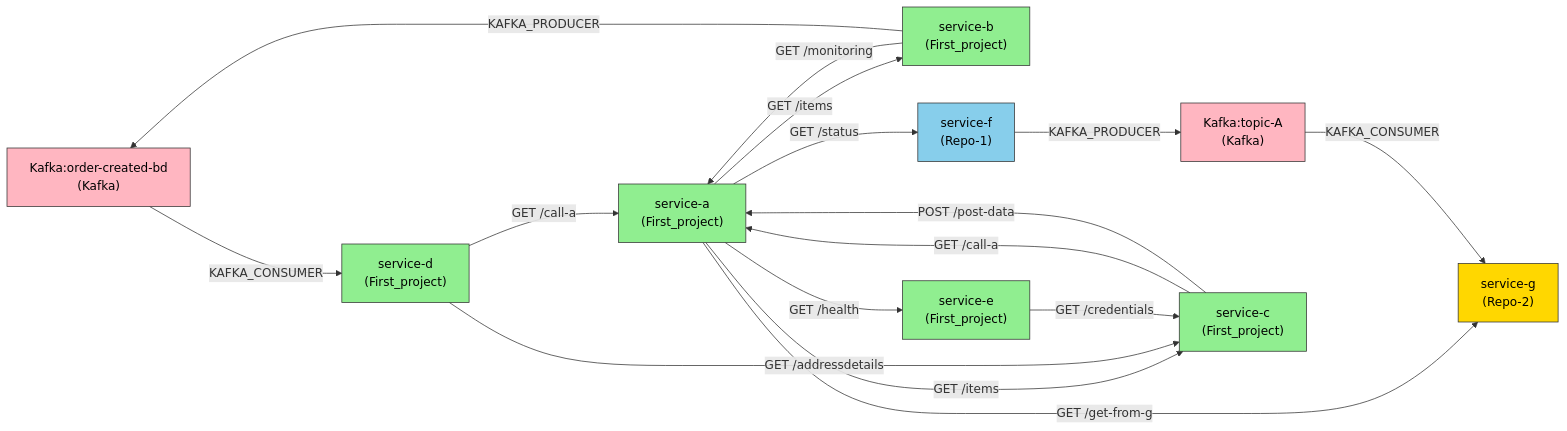
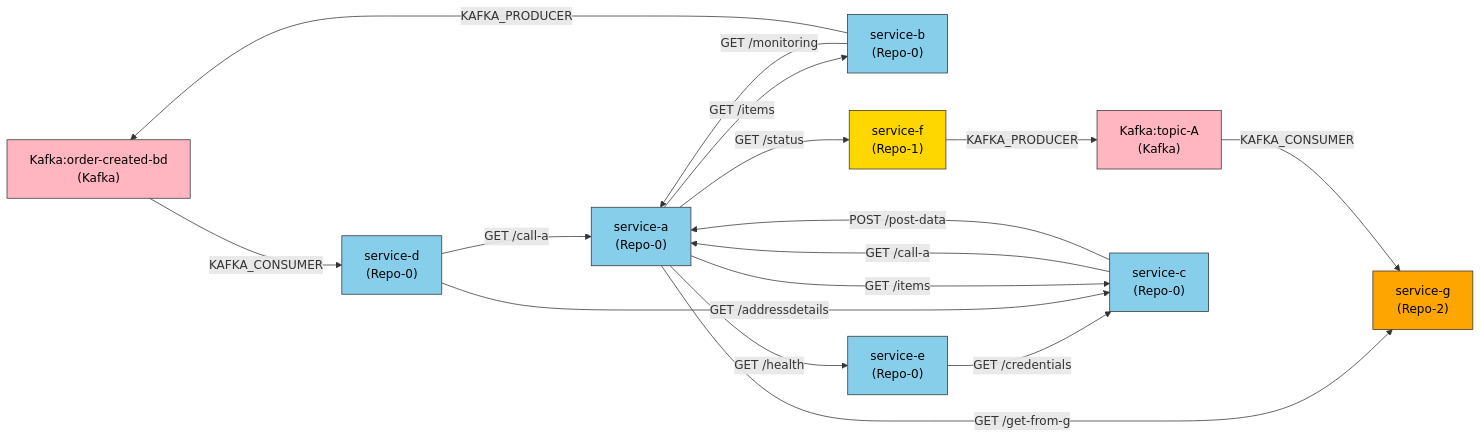
One commit to lokesh0507/First_project changed the diagram in output/deps.md. Above: the diagram before and after it, drawn with Mermaid. The commit also changed 1 other file, not shown here.

Commit message:
Auto-update dependency graph

````diff
--- a/output/deps.md
+++ b/output/deps.md
@@ -1,46 +1,47 @@
 ```mermaid
 graph LR
 classDef First_project fill:#90EE90,stroke:#333,color:#000
 classDef Kafka fill:#FFB6C1,stroke:#333,color:#000
-classDef Repo-1 fill:#87CEEB,stroke:#333,color:#000
-classDef Repo-2 fill:#FFD700,stroke:#333,color:#000
+classDef Repo-0 fill:#87CEEB,stroke:#333,color:#000
+classDef Repo-1 fill:#FFD700,stroke:#333,color:#000
+classDef Repo-2 fill:#FFA500,stroke:#333,color:#000
 
   Kafka:order-created-bd["Kafka:order-created-bd
 (Kafka)"]
   Kafka:topic-A["Kafka:topic-A
 (Kafka)"]
   service-a["service-a
-(First_project)"]
+(Repo-0)"]
   service-b["service-b
-(First_project)"]
+(Repo-0)"]
   service-c["service-c
-(First_project)"]
+(Repo-0)"]
   service-d["service-d
-(First_project)"]
+(Repo-0)"]
   service-e["service-e
-(First_project)"]
+(Repo-0)"]
   service-f["service-f
 (Repo-1)"]
   service-g["service-g
 (Repo-2)"]
 
+  service-e -->|GET /credentials| service-c
+  service-d -->|GET /call-a| service-a
+  service-d -->|GET /addressdetails| service-c
   service-a -->|GET /items| service-b
   service-a -->|GET /items| service-c
   service-a -->|GET /health| service-e
   service-a -->|GET /get-from-g| service-g
   service-a -->|GET /status| service-f
-  service-b -->|GET /monitoring| service-a
   service-c -->|GET /call-a| service-a
   service-c -->|POST /post-data| service-a
-  service-d -->|GET /call-a| service-a
-  service-d -->|GET /addressdetails| service-c
-  service-e -->|GET /credentials| service-c
+  service-b -->|GET /monitoring| service-a
+  Kafka:order-created-bd -->|KAFKA_CONSUMER| service-d
   service-b -->|KAFKA_PRODUCER| Kafka:order-created-bd
-  Kafka:order-created-bd -->|KAFKA_CONSUMER| service-d
+  Kafka:topic-A -->|KAFKA_CONSUMER| service-g
   service-f -->|KAFKA_PRODUCER| Kafka:topic-A
-  Kafka:topic-A -->|KAFKA_CONSUMER| service-g
-class service-a,service-b,service-c,service-d,service-e First_project
 class Kafka:order-created-bd,Kafka:topic-A Kafka
+class service-e,service-d,service-a,service-c,service-b Repo-0
 class service-f Repo-1
 class service-g Repo-2
 ```
````
